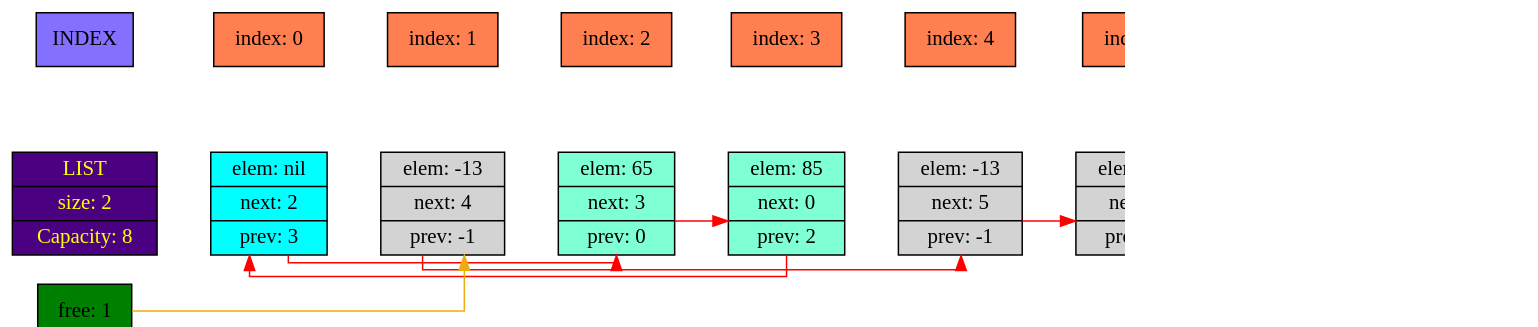
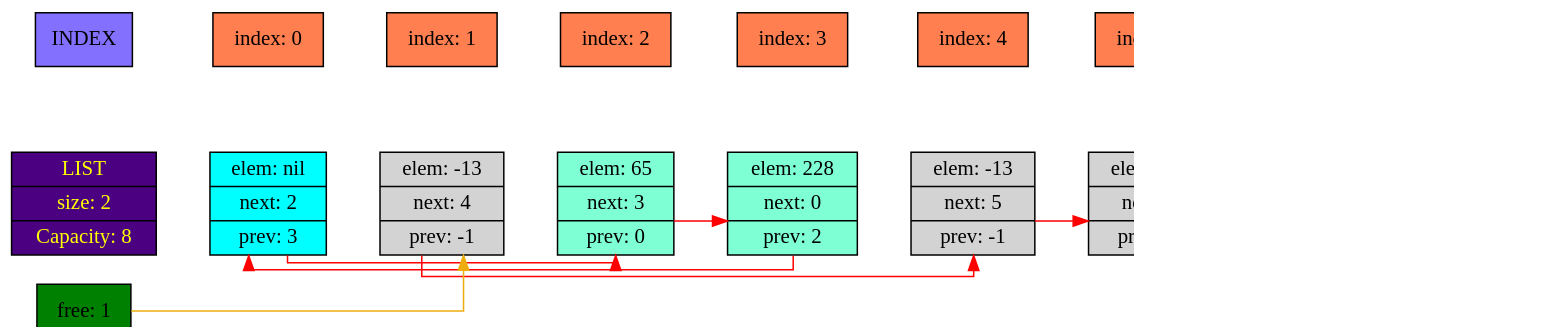
The diagram in dump.dot (MatveevDmtr/List), drawn with Graphviz before and after one commit. The commit also changed 3 other files, not shown here.

```diff
--- a/dump.dot
+++ b/dump.dot
@@ -1,65 +1,65 @@
 digraph {
 graph [dpi = 100]rankdir = LR;
 splines = "ortho";
 node [ shape=record ];
 LIST [label = "LIST|size: 2|Capacity: 8", style = "filled", fillcolor = "indigo", fontcolor = "yellow"];
 LIST -> struct0 [style="invis" weight = 1000];
 index0[label = "index: 0", style = "filled" fillcolor = "coral"];
 index1[label = "index: 1", style = "filled" fillcolor = "coral"];
 index0 -> index1 [style = "invis" weight = 200];
 index2[label = "index: 2", style = "filled" fillcolor = "coral"];
 index1 -> index2 [style = "invis" weight = 200];
 index3[label = "index: 3", style = "filled" fillcolor = "coral"];
 index2 -> index3 [style = "invis" weight = 200];
 index4[label = "index: 4", style = "filled" fillcolor = "coral"];
 index3 -> index4 [style = "invis" weight = 200];
 index5[label = "index: 5", style = "filled" fillcolor = "coral"];
 index4 -> index5 [style = "invis" weight = 200];
 index6[label = "index: 6", style = "filled" fillcolor = "coral"];
 index5 -> index6 [style = "invis" weight = 200];
 index7[label = "index: 7", style = "filled" fillcolor = "coral"];
 index6 -> index7 [style = "invis" weight = 200];
 INDEX [style = "filled", fillcolor = "lightslateblue"]
 INDEX -> index0[style = "invis" weight = 900]
 struct0 [
 label = "<data>elem: nil|<next>next: 2|<prev>prev: 3", style = "filled", fillcolor = "cyan" 
 ];
 struct0 -> struct2 [weight = 0] [ color=red  ]
 struct1 [
 label = "<data>elem: -13|<next>next: 4|<prev>prev: -1", style = "filled", color = "black", fillcolor = "lightgrey" 
 ];
 struct0 -> struct1 [dir=none weight=900 style="invis" constraint=true];
 struct1 -> struct4 [weight = 0, constraint=false, color=red  ]
 struct2 [
 label = "<data>elem: 65|<next>next: 3|<prev>prev: 0", style = "filled", color = "black", fillcolor = "aquamarine" 
 ];
 struct1 -> struct2 [dir=none weight=900 style="invis" constraint=true];
 struct2 -> struct3 [weight = 0, constraint=false, color=red  ]
 struct3 [
-label = "<data>elem: 85|<next>next: 0|<prev>prev: 2", style = "filled", color = "black", fillcolor = "aquamarine" 
+label = "<data>elem: 228|<next>next: 0|<prev>prev: 2", style = "filled", color = "black", fillcolor = "aquamarine" 
 ];
 struct2 -> struct3 [dir=none weight=900 style="invis" constraint=true];
 struct3 -> struct0 [weight = 0, constraint=false, color=red  ]
 struct4 [
 label = "<data>elem: -13|<next>next: 5|<prev>prev: -1", style = "filled", color = "black", fillcolor = "lightgrey" 
 ];
 struct3 -> struct4 [dir=none weight=900 style="invis" constraint=true];
 struct4 -> struct5 [weight = 0, constraint=false, color=red  ]
 struct5 [
 label = "<data>elem: -13|<next>next: 6|<prev>prev: -1", style = "filled", color = "black", fillcolor = "lightgrey" 
 ];
 struct4 -> struct5 [dir=none weight=900 style="invis" constraint=true];
 struct5 -> struct6 [weight = 0, constraint=false, color=red  ]
 struct6 [
 label = "<data>elem: -13|<next>next: 7|<prev>prev: -1", style = "filled", color = "black", fillcolor = "lightgrey" 
 ];
 struct5 -> struct6 [dir=none weight=900 style="invis" constraint=true];
 struct6 -> struct7 [weight = 0, constraint=false, color=red  ]
 struct7 [
 label = "<data>elem: -13|<next>next: 8|<prev>prev: -1", style = "filled", color = "black", fillcolor = "lightgrey" 
 ];
 struct6 -> struct7 [dir=none weight=900 style="invis" constraint=true];
 structFree [
 label = "free: 1", style = "filled", fillcolor = "green"]
 structFree -> struct1 [weight = 0] [color = darkgoldenrod2]
 }
```
